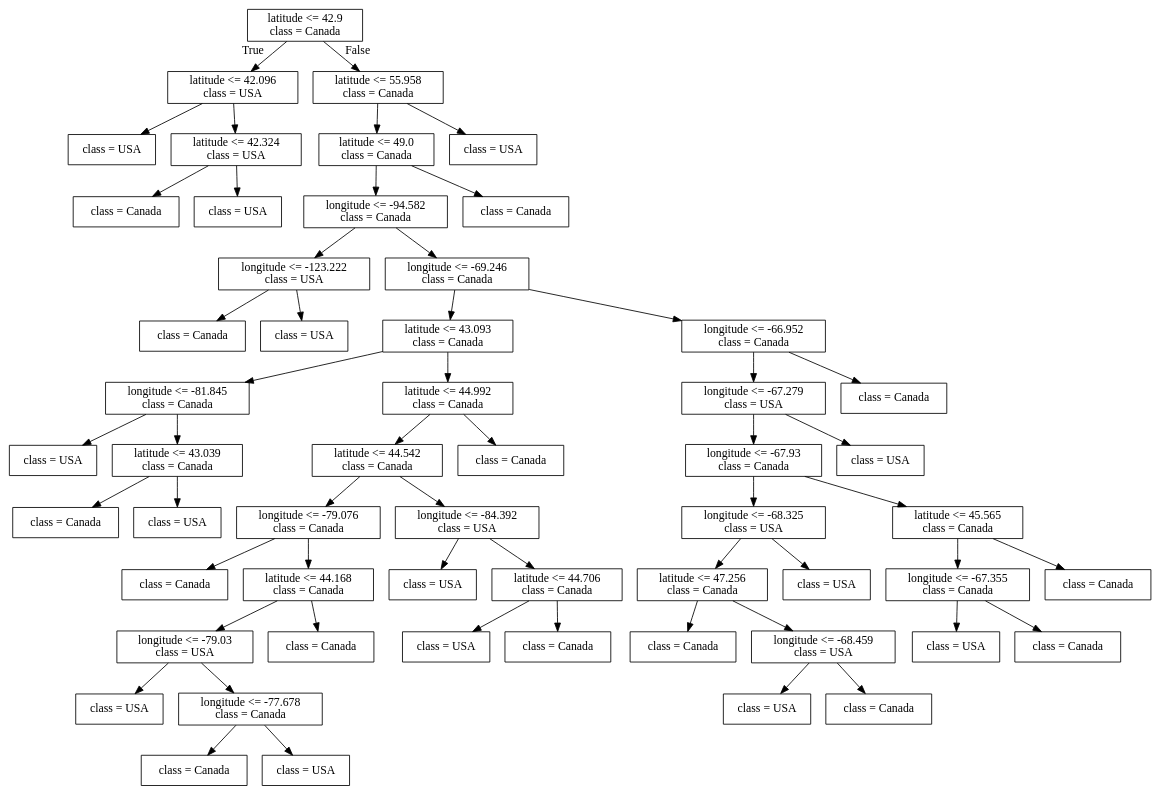
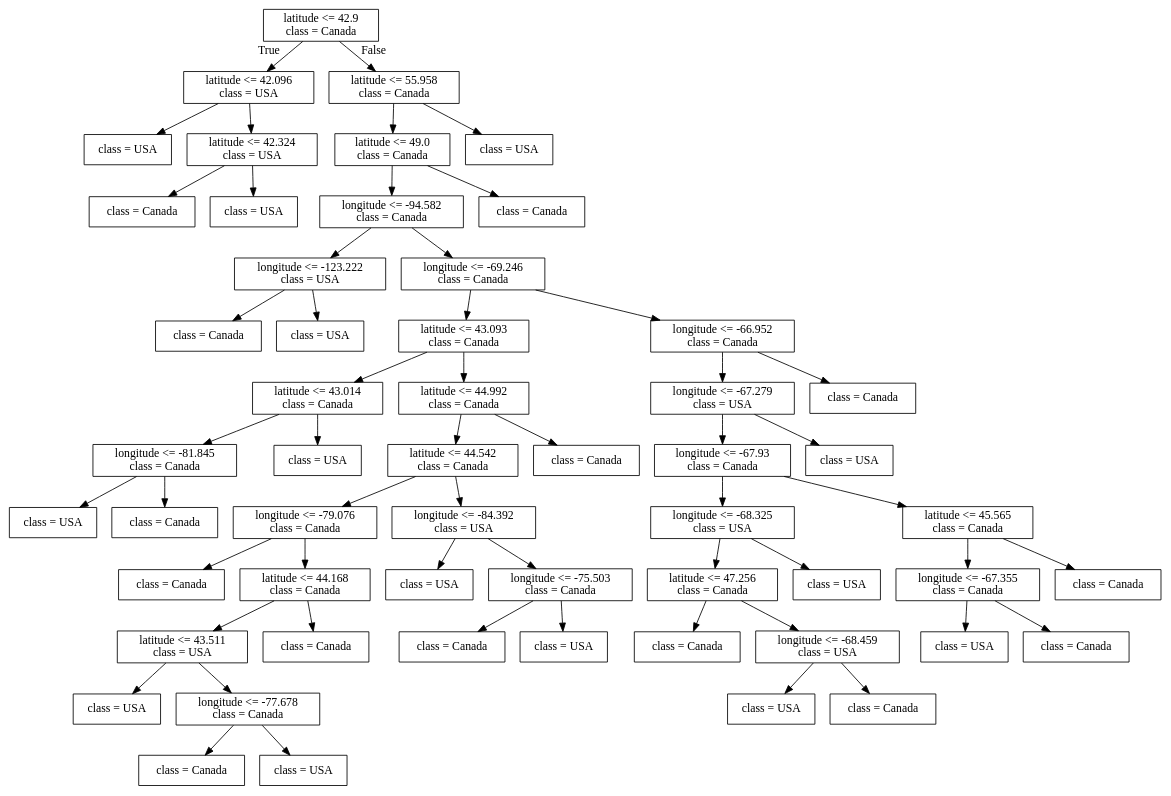
Before and after one commit to bait509-ubc/BAIT509: the diagram in lectures/Source.gv, drawn with Graphviz. The commit also changed 69 other files, not shown here.

```diff
--- a/lectures/Source.gv
+++ b/lectures/Source.gv
@@ -1,112 +1,112 @@
 digraph Tree {
 node [shape=box] ;
 0 [label="latitude <= 42.9\nclass = Canada"] ;
 1 [label="latitude <= 42.096\nclass = USA"] ;
 0 -> 1 [labeldistance=2.5, labelangle=45, headlabel="True"] ;
 2 [label="class = USA"] ;
 1 -> 2 ;
 3 [label="latitude <= 42.324\nclass = USA"] ;
 1 -> 3 ;
 4 [label="class = Canada"] ;
 3 -> 4 ;
 5 [label="class = USA"] ;
 3 -> 5 ;
 6 [label="latitude <= 55.958\nclass = Canada"] ;
 0 -> 6 [labeldistance=2.5, labelangle=-45, headlabel="False"] ;
 7 [label="latitude <= 49.0\nclass = Canada"] ;
 6 -> 7 ;
 8 [label="longitude <= -94.582\nclass = Canada"] ;
 7 -> 8 ;
 9 [label="longitude <= -123.222\nclass = USA"] ;
 8 -> 9 ;
 10 [label="class = Canada"] ;
 9 -> 10 ;
 11 [label="class = USA"] ;
 9 -> 11 ;
 12 [label="longitude <= -69.246\nclass = Canada"] ;
 8 -> 12 ;
 13 [label="latitude <= 43.093\nclass = Canada"] ;
 12 -> 13 ;
-14 [label="longitude <= -81.845\nclass = Canada"] ;
+14 [label="latitude <= 43.014\nclass = Canada"] ;
 13 -> 14 ;
-15 [label="class = USA"] ;
+15 [label="longitude <= -81.845\nclass = Canada"] ;
 14 -> 15 ;
-16 [label="latitude <= 43.039\nclass = Canada"] ;
-14 -> 16 ;
+16 [label="class = USA"] ;
+15 -> 16 ;
 17 [label="class = Canada"] ;
-16 -> 17 ;
+15 -> 17 ;
 18 [label="class = USA"] ;
-16 -> 18 ;
+14 -> 18 ;
 19 [label="latitude <= 44.992\nclass = Canada"] ;
 13 -> 19 ;
 20 [label="latitude <= 44.542\nclass = Canada"] ;
 19 -> 20 ;
 21 [label="longitude <= -79.076\nclass = Canada"] ;
 20 -> 21 ;
 22 [label="class = Canada"] ;
 21 -> 22 ;
 23 [label="latitude <= 44.168\nclass = Canada"] ;
 21 -> 23 ;
-24 [label="longitude <= -79.03\nclass = USA"] ;
+24 [label="latitude <= 43.511\nclass = USA"] ;
 23 -> 24 ;
 25 [label="class = USA"] ;
 24 -> 25 ;
 26 [label="longitude <= -77.678\nclass = Canada"] ;
 24 -> 26 ;
 27 [label="class = Canada"] ;
 26 -> 27 ;
 28 [label="class = USA"] ;
 26 -> 28 ;
 29 [label="class = Canada"] ;
 23 -> 29 ;
 30 [label="longitude <= -84.392\nclass = USA"] ;
 20 -> 30 ;
 31 [label="class = USA"] ;
 30 -> 31 ;
-32 [label="latitude <= 44.706\nclass = Canada"] ;
+32 [label="longitude <= -75.503\nclass = Canada"] ;
 30 -> 32 ;
-33 [label="class = USA"] ;
+33 [label="class = Canada"] ;
 32 -> 33 ;
-34 [label="class = Canada"] ;
+34 [label="class = USA"] ;
 32 -> 34 ;
 35 [label="class = Canada"] ;
 19 -> 35 ;
 36 [label="longitude <= -66.952\nclass = Canada"] ;
 12 -> 36 ;
 37 [label="longitude <= -67.279\nclass = USA"] ;
 36 -> 37 ;
 38 [label="longitude <= -67.93\nclass = Canada"] ;
 37 -> 38 ;
 39 [label="longitude <= -68.325\nclass = USA"] ;
 38 -> 39 ;
 40 [label="latitude <= 47.256\nclass = Canada"] ;
 39 -> 40 ;
 41 [label="class = Canada"] ;
 40 -> 41 ;
 42 [label="longitude <= -68.459\nclass = USA"] ;
 40 -> 42 ;
 43 [label="class = USA"] ;
 42 -> 43 ;
 44 [label="class = Canada"] ;
 42 -> 44 ;
 45 [label="class = USA"] ;
 39 -> 45 ;
 46 [label="latitude <= 45.565\nclass = Canada"] ;
 38 -> 46 ;
 47 [label="longitude <= -67.355\nclass = Canada"] ;
 46 -> 47 ;
 48 [label="class = USA"] ;
 47 -> 48 ;
 49 [label="class = Canada"] ;
 47 -> 49 ;
 50 [label="class = Canada"] ;
 46 -> 50 ;
 51 [label="class = USA"] ;
 37 -> 51 ;
 52 [label="class = Canada"] ;
 36 -> 52 ;
 53 [label="class = Canada"] ;
 7 -> 53 ;
 54 [label="class = USA"] ;
 6 -> 54 ;
 }
```
